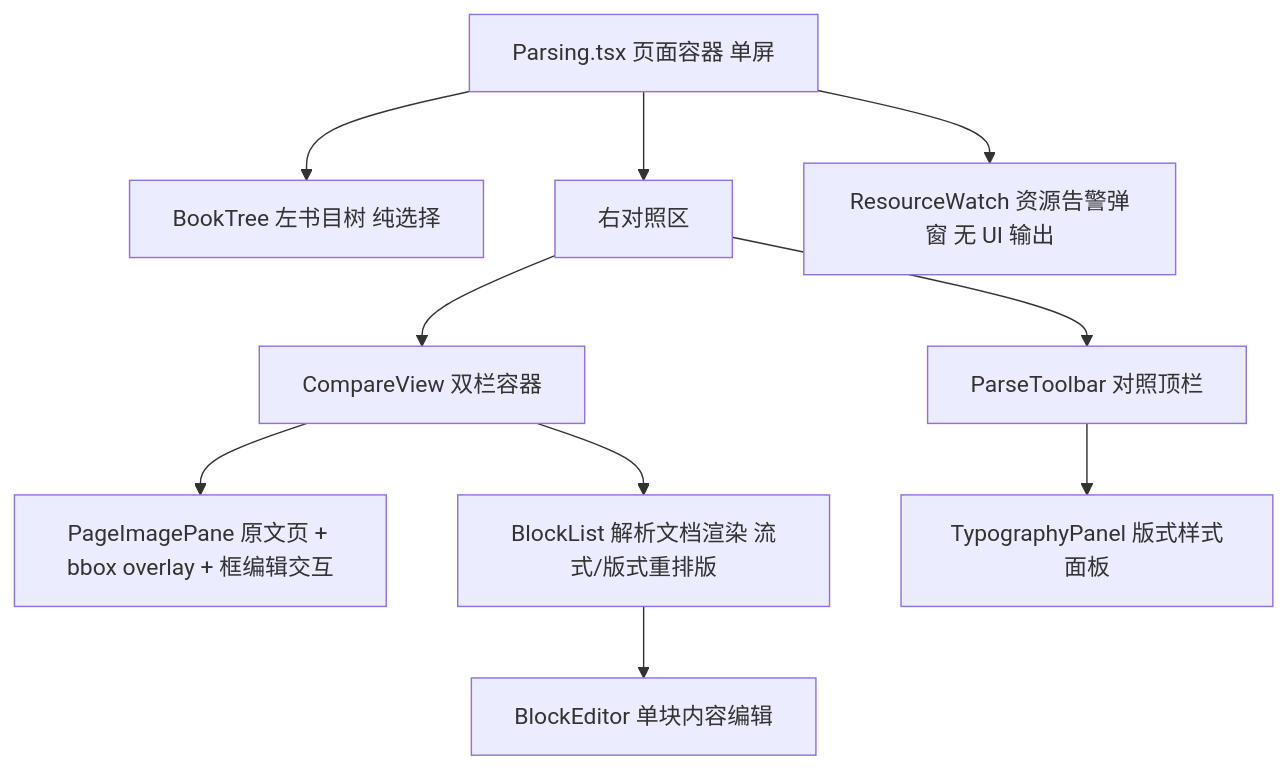
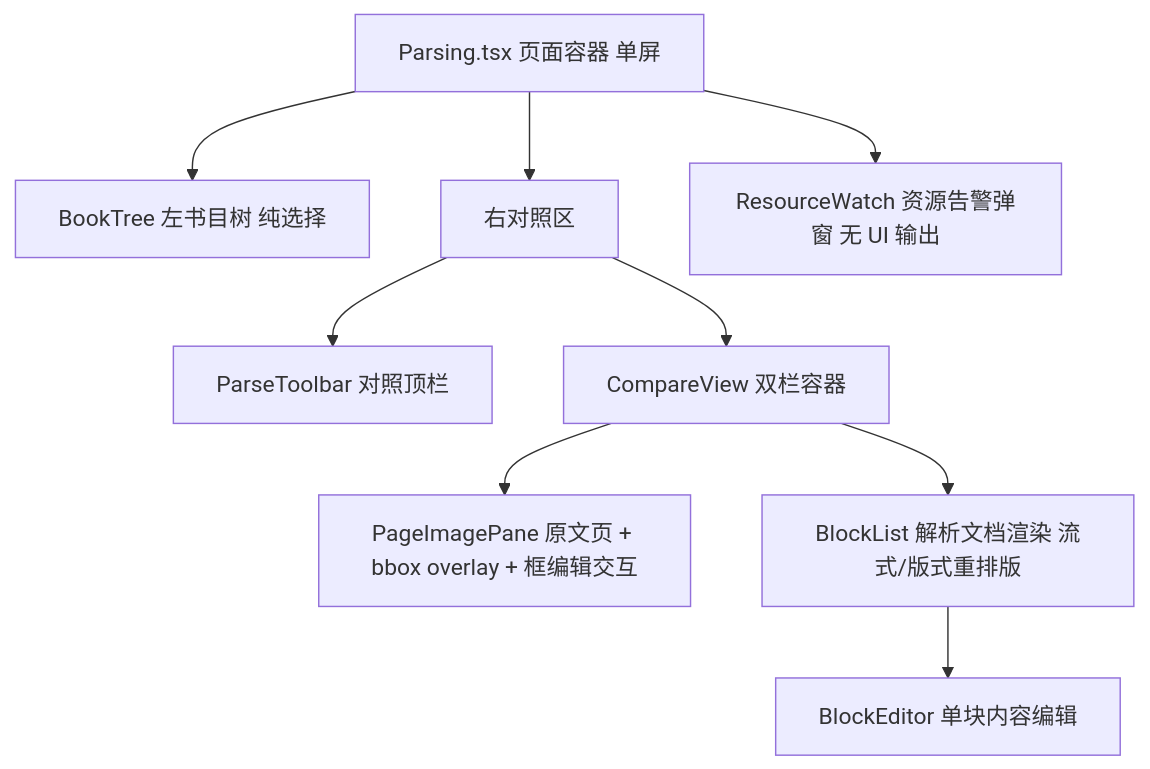
One commit to swfswf1234/QED-Engine changed the diagram in docs/design/frontend/parsing-ui.md. Above: the diagram before and after it, drawn with Mermaid. The commit also changed other lines of this file and 104 other files, not shown here.

````diff
--- a/docs/design/frontend/parsing-ui.md
+++ b/docs/design/frontend/parsing-ui.md
@@ -66,12 +66,11 @@
 ```mermaid
 flowchart TD
     P[Parsing.tsx 页面容器 单屏] --> BT[BookTree 左书目树 纯选择]
     P --> C[右对照区]
     P --> RW[ResourceWatch 资源告警弹窗 无 UI 输出]
     C --> TB[ParseToolbar 对照顶栏]
     C --> CV[CompareView 双栏容器]
     CV --> PI[PageImagePane 原文页 + bbox overlay + 框编辑交互]
     CV --> BL[BlockList 解析文档渲染 流式/版式重排版]
     BL --> BE[BlockEditor 单块内容编辑]
-    TB --> TP[TypographyPanel 版式样式面板]
 ```
````
